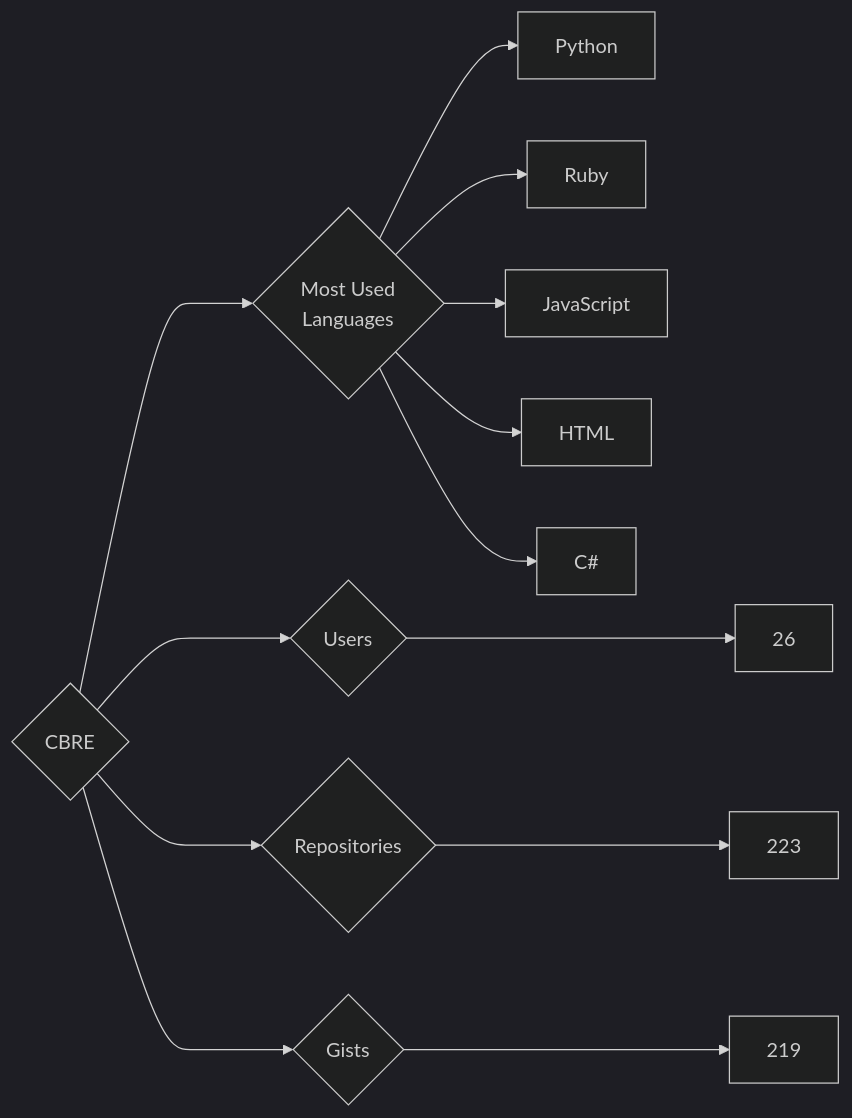
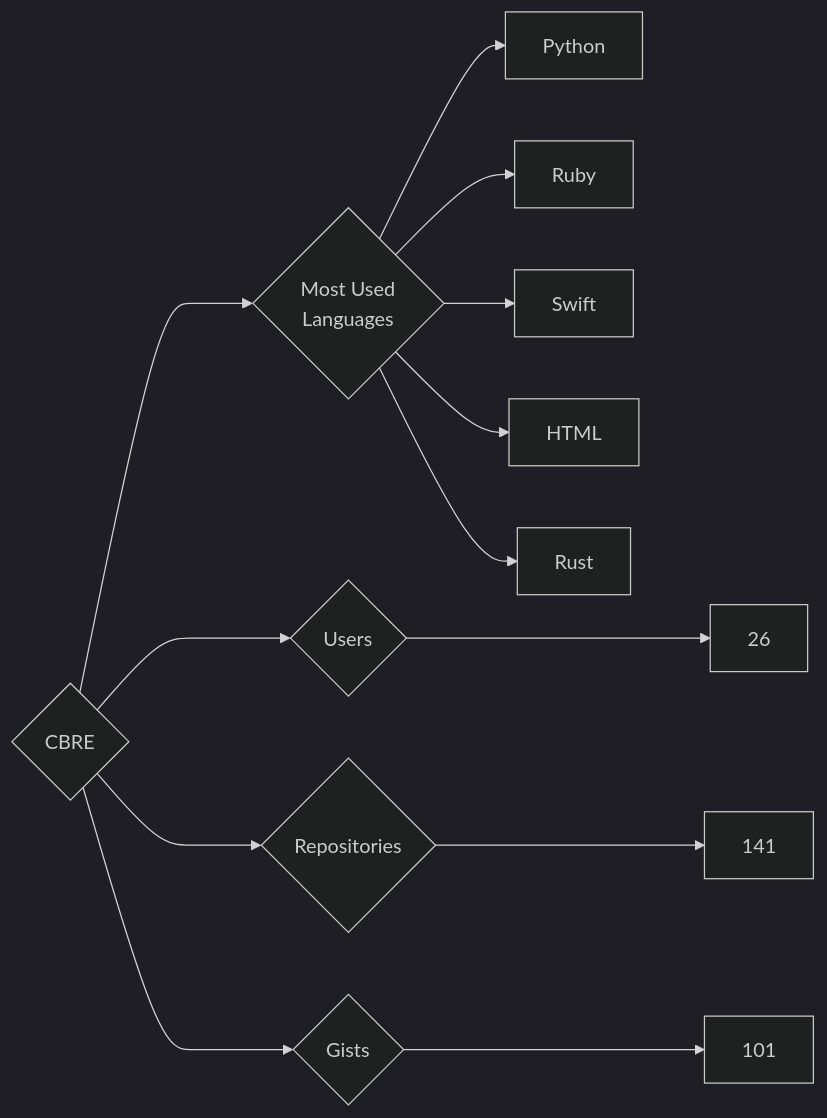
The diagram in targets/CBRE/README.md (trickest/insiders), drawn with Mermaid (dark theme) before and after one commit. The commit also changed 721 other files, not shown here.

````diff
--- a/targets/CBRE/README.md
+++ b/targets/CBRE/README.md
@@ -3,13 +3,13 @@
 ```mermaid
 graph LR
 COMPANY_NAME{CBRE}
 COMPANY_NAME ---> U{Users} ---> UN[26]
-COMPANY_NAME ---> R{Repositories} ---> RN[223]
-COMPANY_NAME ---> G{Gists} ---> GN[219]
+COMPANY_NAME ---> R{Repositories} ---> RN[141]
+COMPANY_NAME ---> G{Gists} ---> GN[101]
 COMPANY_NAME ---> ML{Most Used<br>Languages}
 ML --> Python[Python]
 ML --> Ruby[Ruby]
-ML --> JavaScript[JavaScript]
+ML --> Swift[Swift]
 ML --> HTML[HTML]
-ML --> C#[C#]
+ML --> Rust[Rust]
 ```
````
